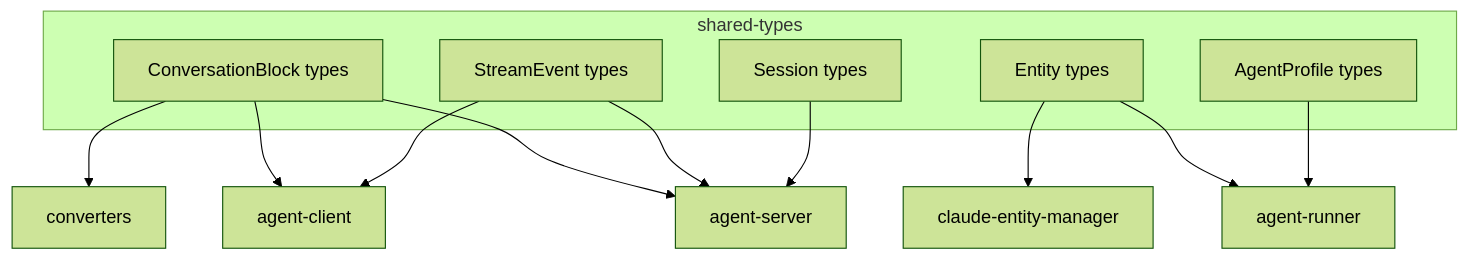
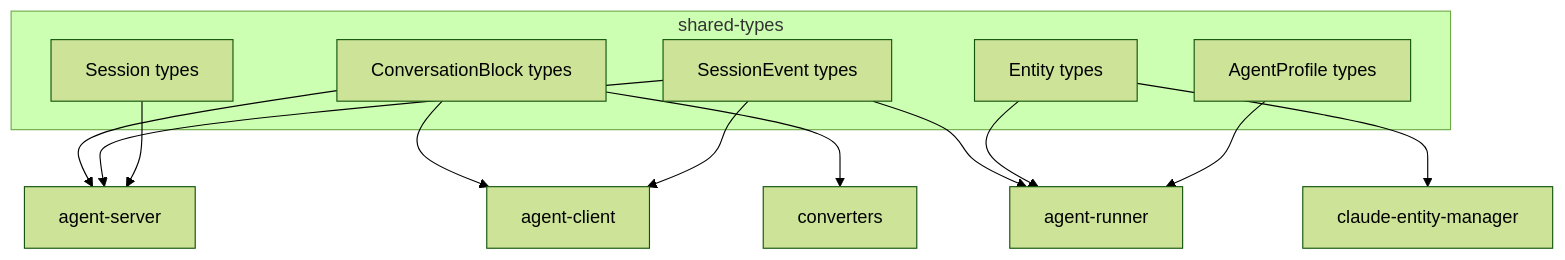
One commit to hhopkins95/ai-systems changed the diagram in docs/packages/shared-types.md. Above: the diagram before and after it, drawn with Mermaid (forest theme). The commit also changed other lines of this file and 7 other files, not shown here.

````diff
--- a/docs/packages/shared-types.md
+++ b/docs/packages/shared-types.md
@@ -14,23 +14,24 @@
 ```mermaid
 flowchart TB
     subgraph shared-types
         Blocks[ConversationBlock types]
-        Events[StreamEvent types]
+        Events[SessionEvent types]
         Entities[Entity types]
         Session[Session types]
         Agent[AgentProfile types]
     end
 
     Blocks --> server[agent-server]
     Blocks --> client[agent-client]
     Blocks --> converters[converters]
 
     Events --> server
-    Events --> client
+    Events --> runner[agent-runner]
+    Events --> client[agent-client]
 
     Entities --> cem[claude-entity-manager]
-    Entities --> runner[agent-runner]
+    Entities --> runner
 
     Session --> server
     Agent --> runner
 ```
````
